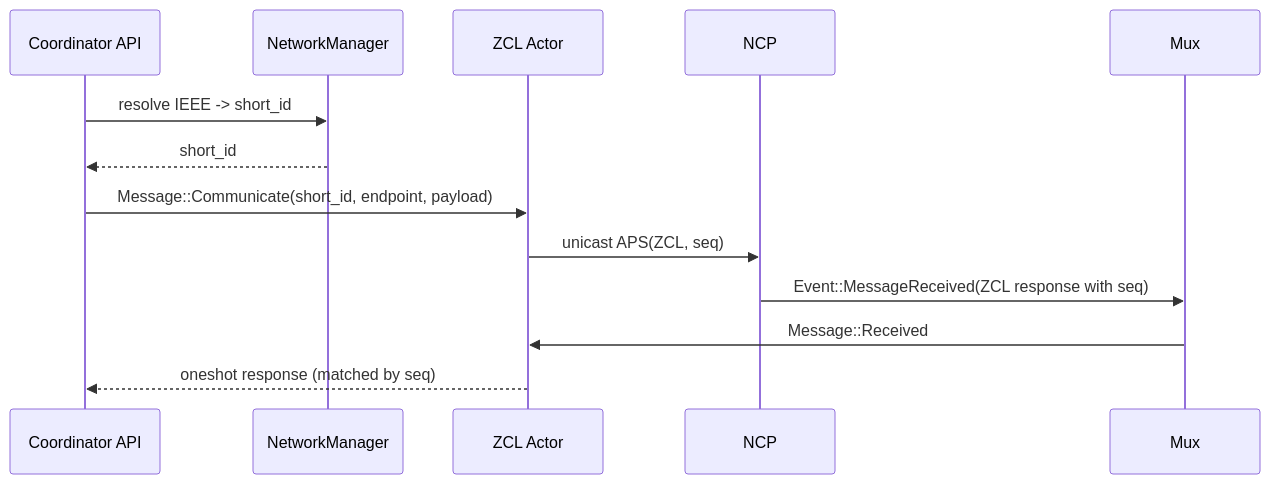
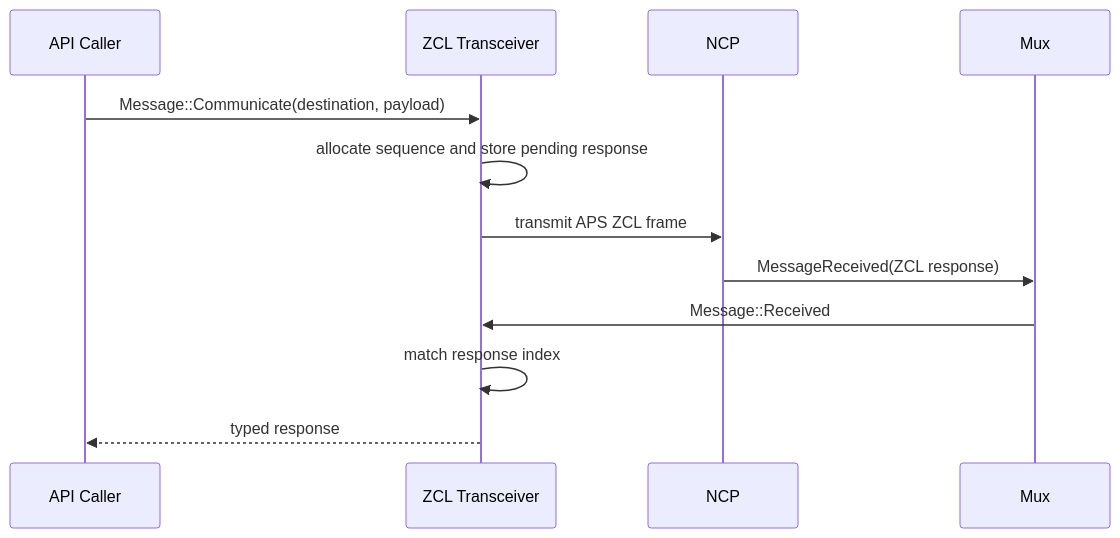
One commit to PaulmannLighting/apis-saltans changed the fourth of 7 diagrams in coordinator/ARCHITECTURE.md. Above: the diagram before and after it, drawn with Mermaid. The commit also changed other lines of this file and 9 other files, not shown here.

````diff
--- a/coordinator/ARCHITECTURE.md
+++ b/coordinator/ARCHITECTURE.md
@@ -298,18 +198,15 @@
 ```mermaid
 sequenceDiagram
-    participant API as Coordinator API
-    participant NM as NetworkManager
-    participant ZCL as ZCL Actor
+    participant API as API Caller
+    participant ZCL as ZCL Transceiver
     participant HW as NCP
     participant M as Mux
 
-    API->>NM: resolve IEEE -> short_id
-    NM-->>API: short_id
-
-    API->>ZCL: Message::Communicate(short_id, endpoint, payload)
-    ZCL->>HW: unicast APS(ZCL, seq)
-
-    HW->>M: Event::MessageReceived(ZCL response with seq)
+    API->>ZCL: Message::Communicate(destination, payload)
+    ZCL->>ZCL: allocate sequence and store pending response
+    ZCL->>HW: transmit APS ZCL frame
+    HW->>M: MessageReceived(ZCL response)
     M->>ZCL: Message::Received
-    ZCL-->>API: oneshot response (matched by seq)
+    ZCL->>ZCL: match response index
+    ZCL-->>API: typed response
 ```
````
